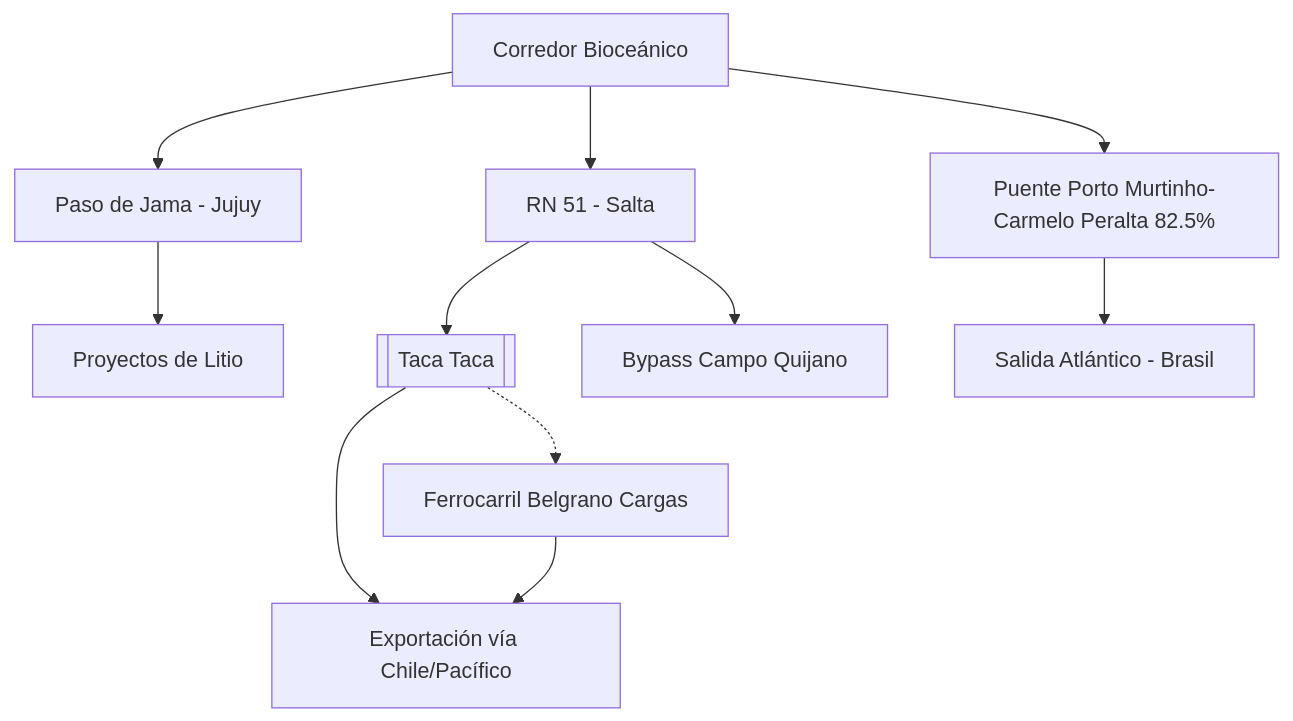
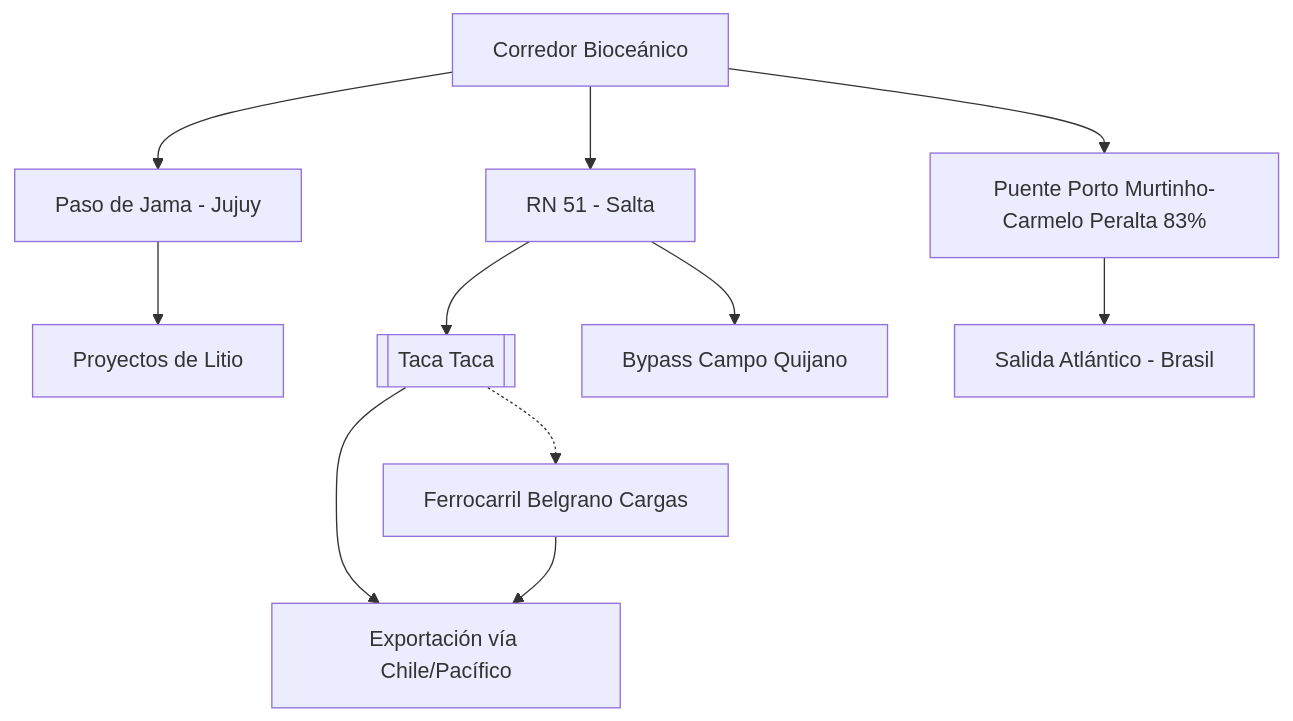
The diagram in wiki/02 Frameworks/Corredor Bioceanico.md (GustavoDago/argentina-mining-vault), drawn with Mermaid before and after one commit. The commit also changed other lines of this file and 37 other files, not shown here.

````diff
--- a/wiki/02 Frameworks/Corredor Bioceanico.md
+++ b/wiki/02 Frameworks/Corredor Bioceanico.md
@@ -39,13 +41,13 @@
 ```mermaid
 graph TD
     A[Corredor Bioceánico] --> B[Paso de Jama - Jujuy]
     A --> C[RN 51 - Salta]
-    A --> P[Puente Porto Murtinho-Carmelo Peralta 82.5%]
+    A --> P[Puente Porto Murtinho-Carmelo Peralta 83%]
     P --> At[Salida Atlántico - Brasil]
     C --> D[[Taca Taca]]
     D --> E[Exportación vía Chile/Pacífico]
     B --> F[Proyectos de Litio]
     C --> G[Bypass Campo Quijano]
     D -.-> H[Ferrocarril Belgrano Cargas]
     H --> E
 ```
````
